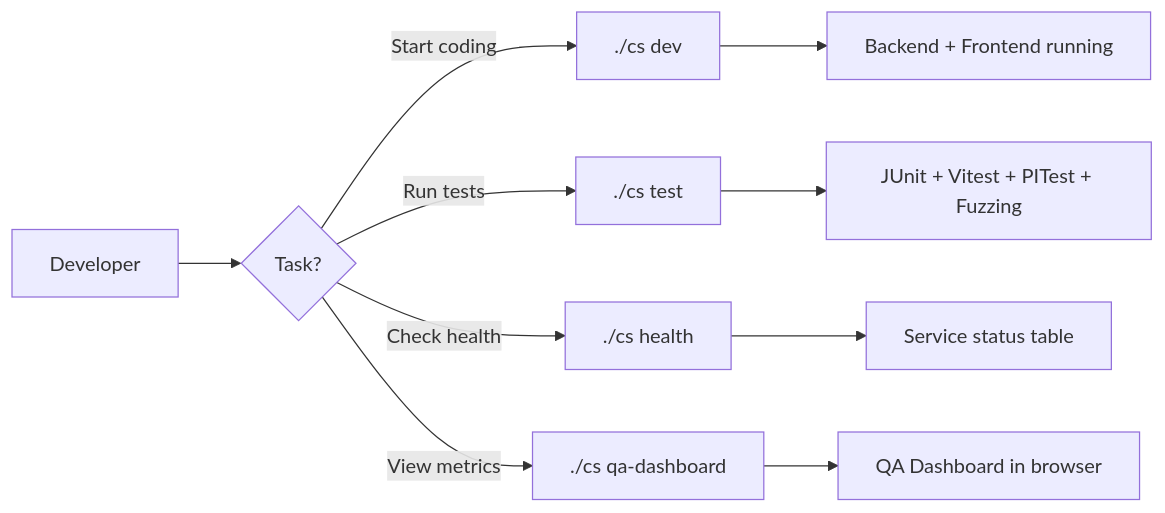
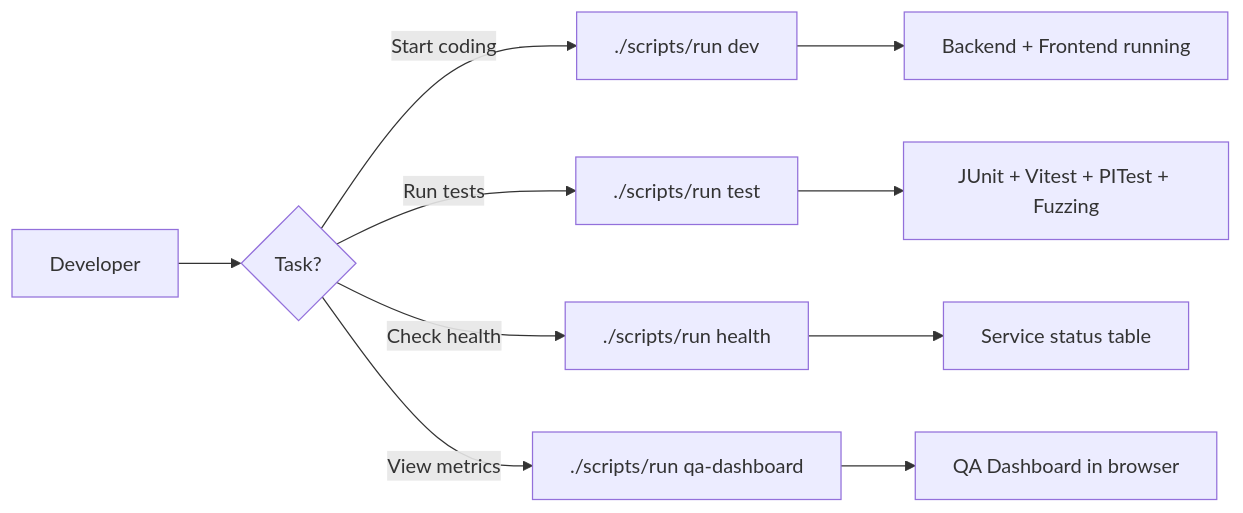
One commit to jguida941/contact-service-junit changed the second of 19 diagrams in README.md. Above: the diagram before and after it, drawn with Mermaid. The commit also changed other lines of this file and 14 other files, not shown here.

First line of the commit message:
refactor: rename cs CLI to scripts/run and remove PROJECT_SUMMARY.md

````diff
--- a/README.md
+++ b/README.md
@@ -222,13 +222,13 @@
 ```mermaid
 flowchart LR
     A[Developer] --> B{Task?}
-    B -->|Start coding| C["./cs dev"]
-    B -->|Run tests| D["./cs test"]
-    B -->|Check health| E["./cs health"]
-    B -->|View metrics| F["./cs qa-dashboard"]
+    B -->|Start coding| C["./scripts/run dev"]
+    B -->|Run tests| D["./scripts/run test"]
+    B -->|Check health| E["./scripts/run health"]
+    B -->|View metrics| F["./scripts/run qa-dashboard"]
 
     C --> G[Backend + Frontend running]
     D --> H[JUnit + Vitest + PITest + Fuzzing]
     E --> I[Service status table]
     F --> J[QA Dashboard in browser]
 ```
````
